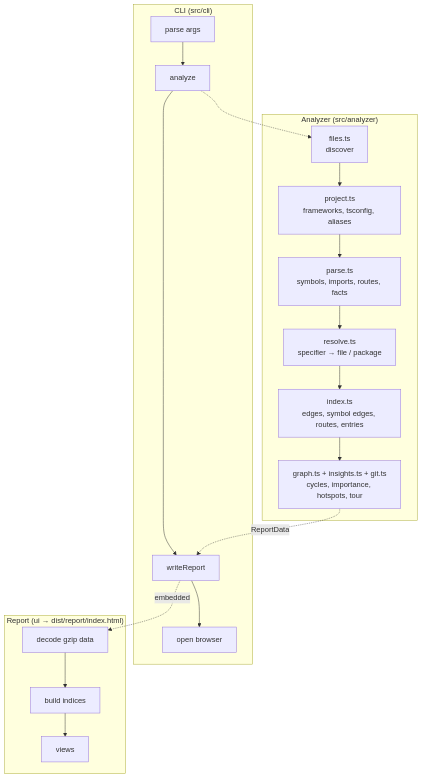
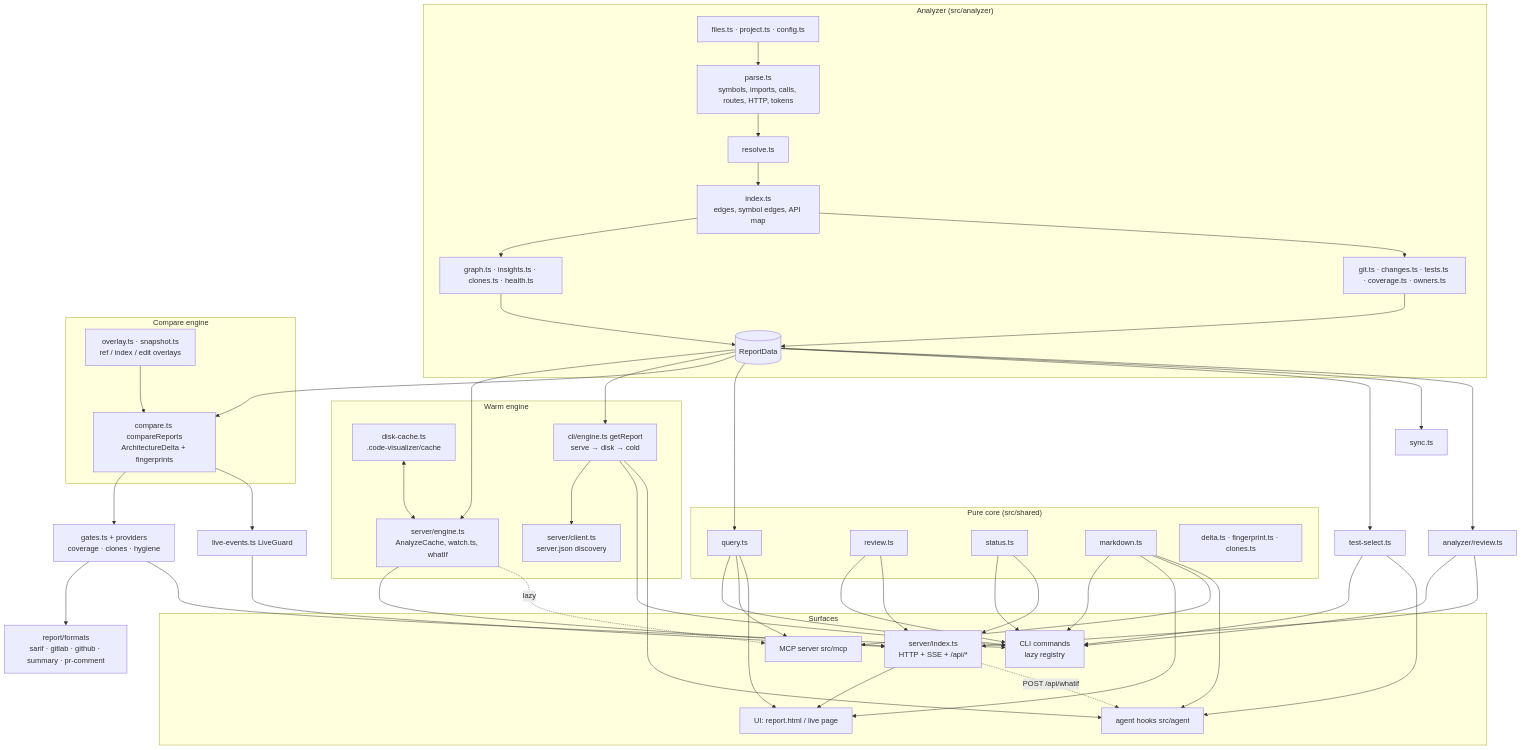
One commit to asfand-dev/code-visualizer changed the diagram in docs/ARCHITECTURE.md. Above: the diagram before and after it, drawn with Mermaid. The commit also changed other lines of this file and 262 other files, not shown here.

````diff
--- a/docs/ARCHITECTURE.md
+++ b/docs/ARCHITECTURE.md
@@ -8,22 +14,52 @@
 ```mermaid
 flowchart TB
-  subgraph CLI["CLI (src/cli)"]
-    args[parse args] --> analyze
-    analyze --> write[writeReport]
-    write --> open[open browser]
+  subgraph Analyzer["Analyzer (src/analyzer)"]
+    discover[files.ts · project.ts · config.ts] --> parse[parse.ts<br/>symbols, imports, calls, routes, HTTP, tokens]
+    parse --> resolve[resolve.ts] --> link[index.ts<br/>edges, symbol edges, API map]
+    link --> metrics[graph.ts · insights.ts · clones.ts · health.ts]
+    link --> gitn[git.ts · changes.ts · tests.ts · coverage.ts · owners.ts]
+    metrics & gitn --> data[(ReportData)]
   end
-  subgraph Analyzer["Analyzer (src/analyzer)"]
-    discover[files.ts<br/>discover] --> project[project.ts<br/>frameworks, tsconfig, aliases]
-    project --> parse[parse.ts<br/>symbols, imports, routes, facts]
-    parse --> resolve[resolve.ts<br/>specifier → file / package]
-    resolve --> link[index.ts<br/>edges, symbol edges, routes, entries]
-    link --> metrics[graph.ts + insights.ts + git.ts<br/>cycles, importance, hotspots, tour]
+
+  subgraph Warm["Warm engine"]
+    disk[disk-cache.ts<br/>.code-visualizer/cache] <--> engine[server/engine.ts<br/>AnalyzeCache, watch.ts, whatIf]
+    getr[cli/engine.ts getReport<br/>serve → disk → cold] --> client[server/client.ts<br/>server.json discovery]
   end
-  subgraph Report["Report (ui → dist/report/index.html)"]
-    load[decode gzip data] --> model[build indices]
-    model --> views[views]
+
+  subgraph Compare["Compare engine"]
+    overlay[overlay.ts · snapshot.ts<br/>ref / index / edit overlays] --> cmp[compare.ts compareReports<br/>ArchitectureDelta + fingerprints]
   end
-  analyze -.-> discover
-  metrics -.ReportData.-> write
-  write -.embedded.-> load
+
+  subgraph Shared["Pure core (src/shared)"]
+    query[query.ts]
+    review[review.ts]
+    status[status.ts]
+    md[markdown.ts]
+    delta[delta.ts · fingerprint.ts · clones.ts]
+  end
+
+  data --> engine & getr & cmp & query
+  cmp --> gates[gates.ts + providers<br/>coverage · clones · hygiene] --> formats[report/formats<br/>sarif · gitlab · github · summary · pr-comment]
+  cmp --> live[live-events.ts LiveGuard]
+  data --> sel[test-select.ts] & sync[sync.ts] & rev[analyzer/review.ts]
+
+  subgraph Surfaces
+    ui[UI: report.html / live page]
+    server[server/index.ts<br/>HTTP + SSE + /api/*]
+    cli[CLI commands<br/>lazy registry]
+    mcp[MCP server src/mcp]
+    hooks[agent hooks src/agent]
+  end
+
+  engine --> server --> ui
+  live --> server
+  query --> cli & mcp & ui
+  gates --> cli
+  sel --> cli & hooks
+  review & rev --> cli & server
+  status --> cli & server
+  getr --> cli & hooks
+  engine -.lazy.-> mcp
+  server -.POST /api/whatif.-> hooks
+  md --> cli & ui & mcp & hooks
 ```
````
